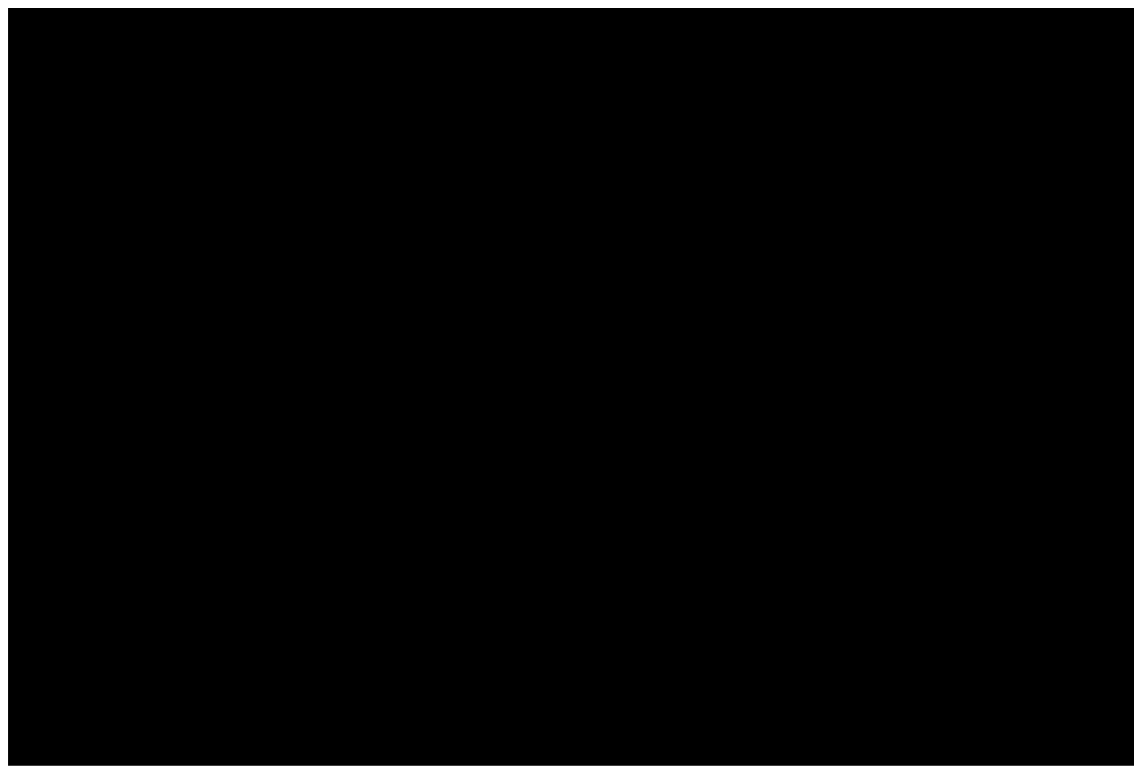
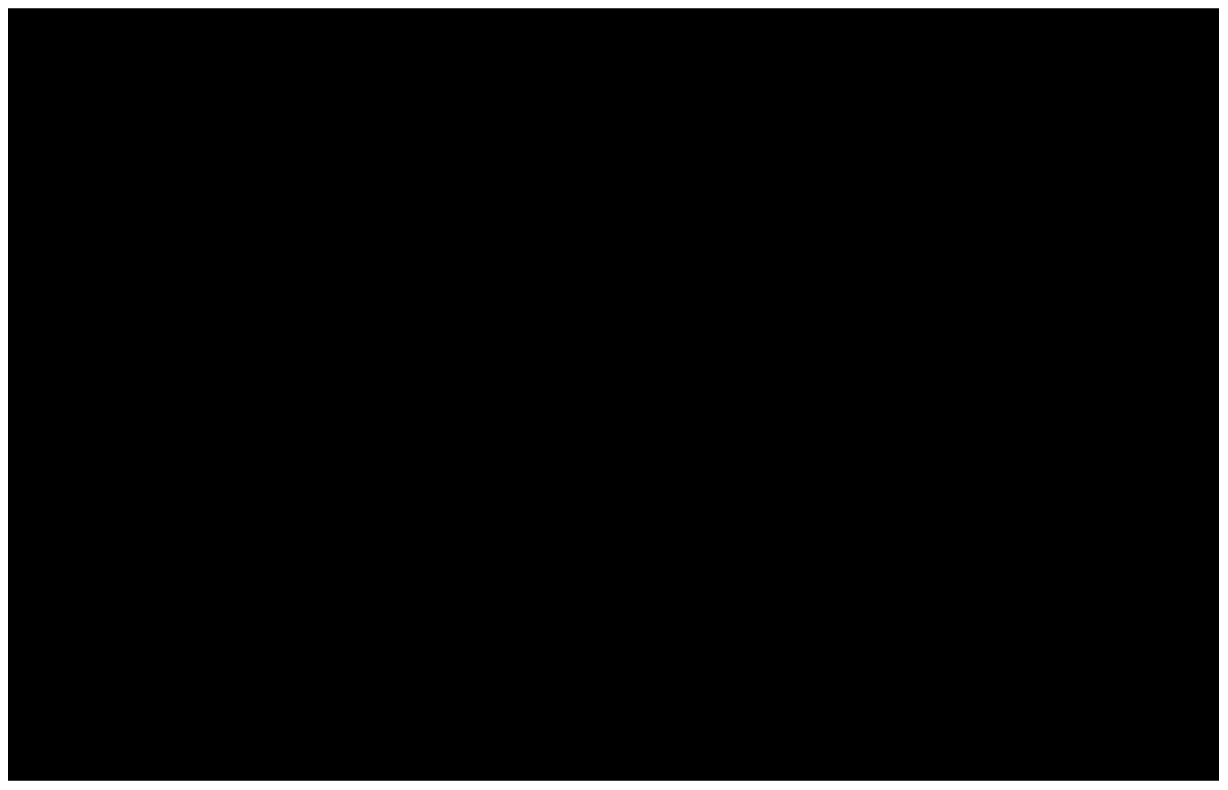
Before and after one commit to we-meet-trip/map-project-client: the diagram in docs/diagrams/src/app-structure.dot, drawn with Graphviz. The commit also changed 14 other files, not shown here.

```diff
--- a/docs/diagrams/src/app-structure.dot
+++ b/docs/diagrams/src/app-structure.dot
@@ -1,42 +1,42 @@
 digraph app_structure {
   graph [rankdir=LR, bgcolor="@BG@", fontname="Pretendard, Noto Sans KR, sans-serif", fontcolor="@FG@",
          nodesep=0.45, ranksep=1.1, compound=true, newrank=true, pad=0.3];
   node  [shape=box, style="rounded,filled", fontname="Pretendard, Noto Sans KR, sans-serif", fontsize=12,
          fontcolor="@FG@", color="@SVC_EDGE@", fillcolor="@SVC_FILL@", penwidth=1.2, margin="0.16,0.07"];
   edge  [color="@LINE@", fontname="Pretendard, Noto Sans KR, sans-serif", fontsize=10, fontcolor="@FG@", arrowsize=0.7];
 
   subgraph cluster_app {
     label="map-project-client (Flutter)"; labeljust=l; fontsize=13; color="@LINE@"; style="rounded,dashed";
 
     subgraph cluster_features {
       label="lib/features — 화면 (공용 위젯은 lib/common)"; fontsize=11; style="rounded"; color="@LINE@";
       trip   [label="여행 만들기 · trip"];
       place  [label="장소 탐색 · place_explore"];
       chat   [label="대화방·초대 · chat · invite"];
       vision [label="카메라 질문 · vision"];
       auth   [label="로그인·동의 · auth · mypage"];
     }
 
     subgraph cluster_core {
       label="lib/core"; fontsize=11; style="rounded"; color="@LINE@";
       api    [label="서버 호출\napi (ApiClient)"];
       maps   [label="지도 어댑터\nmaps"];
       config [label="주소·신원 결정\nconfig (AppConfig)"];
       state  [label="전역 상태\nstate (AuthStore 등)"];
     }
     local [label="기기 저장\nHive · secure storage", fillcolor="@DB_FILL@", color="@DB_EDGE@"];
   }
 
-  bff  [label="map-project-user\n(BFF)"];
+  bff  [label="API origin\n/api/v1 · /ws/chat → map-project-user\n/ws/vision → map-project-yolo"];
   gmap [label="Google Maps SDK", style="rounded,filled,dashed", fillcolor="@EXT_FILL@", color="@EXT_EDGE@"];
 
   chat -> api   [ltail=cluster_features, xlabel="모든 화면 "];
   place -> maps [xlabel="지도 화면 "];
   api -> config [label="기준 주소"];
   api -> state  [xlabel="토큰 "];
   state -> local;
   chat -> local [xlabel="보낼 메시지 "];
   api -> bff    [label="HTTPS · WebSocket"];
   maps -> gmap  [label="클라이언트 키"];
   {rank=same; bff; gmap; local}
 }
```
